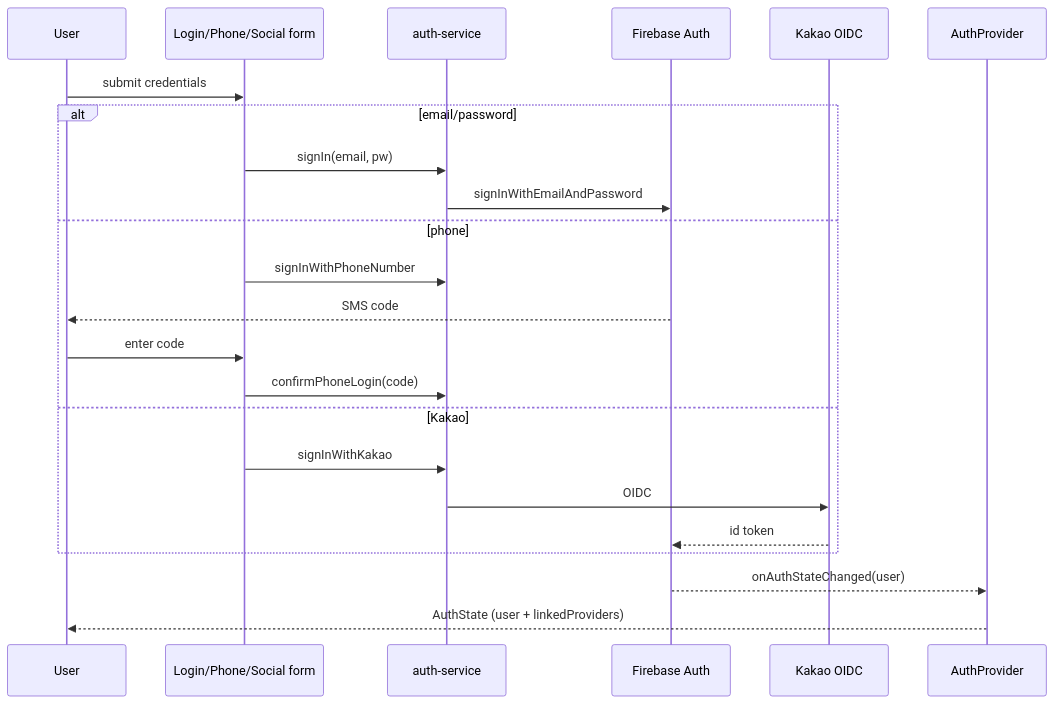
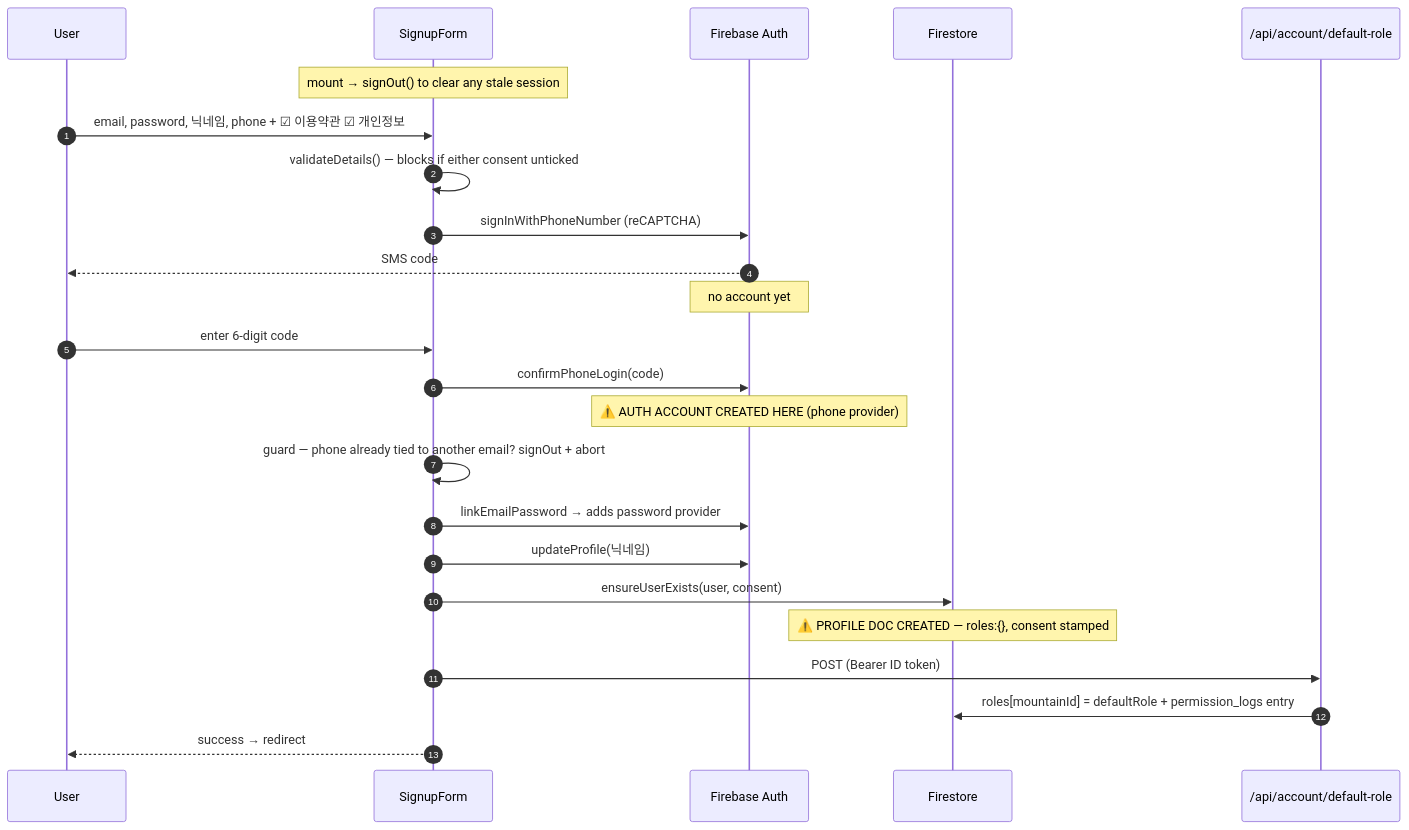
Before and after one commit to wwolfyy/mohocat: the first of 3 diagrams in docs/codebase/authentication.md, drawn with Mermaid. The commit also changed other lines of this file and 15 other files, not shown here.

First line of the commit message:
feat(auth): record signup consent, grant a default role, and stop logging PII

````diff
--- a/docs/codebase/authentication.md
+++ b/docs/codebase/authentication.md
@@ -35,26 +69,27 @@
 ```mermaid
 sequenceDiagram
+    autonumber
     participant U as User
-    participant Form as Login/Phone/Social form
-    participant Svc as auth-service
+    participant F as SignupForm
     participant FB as Firebase Auth
-    participant Kakao as Kakao OIDC
-    participant Ctx as AuthProvider
+    participant FS as Firestore
+    participant API as /api/account/default-role
 
-    U->>Form: submit credentials
-    alt email/password
-        Form->>Svc: signIn(email, pw)
-        Svc->>FB: signInWithEmailAndPassword
-    else phone
-        Form->>Svc: signInWithPhoneNumber
-        FB-->>U: SMS code
-        U->>Form: enter code
-        Form->>Svc: confirmPhoneLogin(code)
-    else Kakao
-        Form->>Svc: signInWithKakao
-        Svc->>Kakao: OIDC
-        Kakao-->>FB: id token
-    end
-    FB-->>Ctx: onAuthStateChanged(user)
-    Ctx-->>U: AuthState (user + linkedProviders)
+    Note over F: mount → signOut() to clear any stale session
+    U->>F: email, password, 닉네임, phone + ☑ 이용약관 ☑ 개인정보
+    F->>F: validateDetails() — blocks if either consent unticked
+    F->>FB: signInWithPhoneNumber (reCAPTCHA)
+    FB-->>U: SMS code
+    Note over FB: no account yet
+    U->>F: enter 6-digit code
+    F->>FB: confirmPhoneLogin(code)
+    Note over FB: ⚠️ AUTH ACCOUNT CREATED HERE (phone provider)
+    F->>F: guard — phone already tied to another email? signOut + abort
+    F->>FB: linkEmailPassword → adds password provider
+    F->>FB: updateProfile(닉네임)
+    F->>FS: ensureUserExists(user, consent)
+    Note over FS: ⚠️ PROFILE DOC CREATED — roles:{}, consent stamped
+    F->>API: POST (Bearer ID token)
+    API->>FS: roles[mountainId] = defaultRole + permission_logs entry
+    F-->>U: success → redirect
 ```
````
